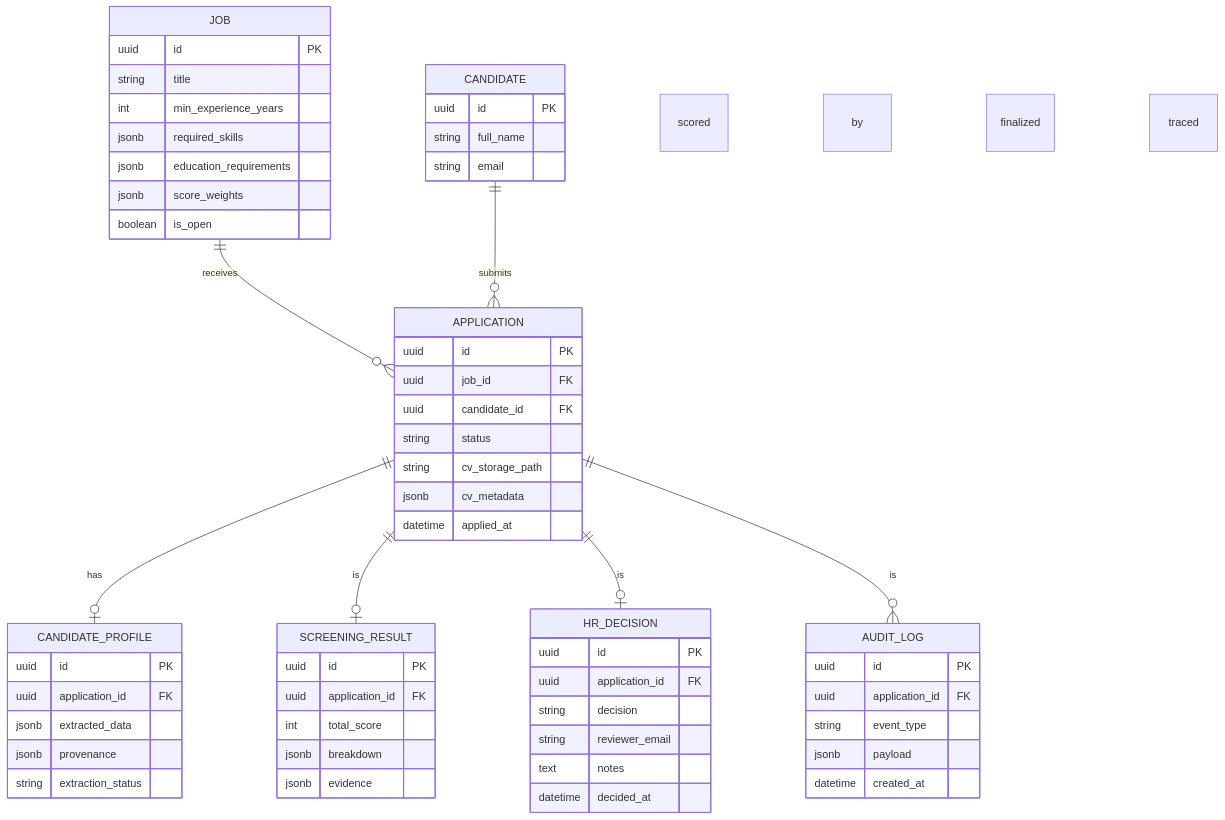
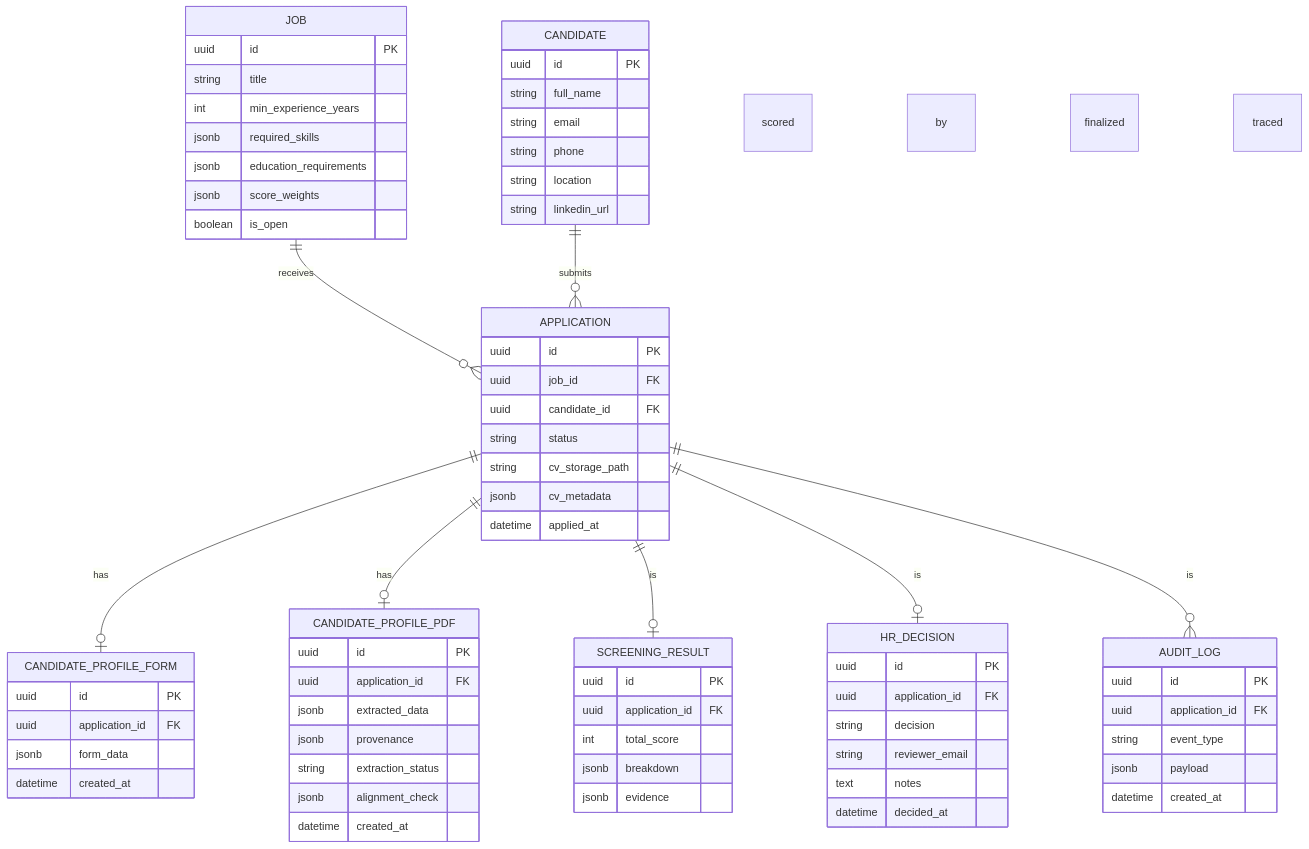
One commit to natasya744/AI-Assisted-HR-Recruitment-Screening-Platform changed the fourth of 4 diagrams in DOCS/architecture.md. Above: the diagram before and after it, drawn with Mermaid. The commit also changed other lines of this file and 42 other files, not shown here.

````diff
--- a/DOCS/architecture.md
+++ b/DOCS/architecture.md
@@ -255,62 +257,74 @@
 ```mermaid
 erDiagram
     JOB ||--o{ APPLICATION : receives
     CANDIDATE ||--o{ APPLICATION : submits
-    APPLICATION ||--o| CANDIDATE_PROFILE : has
+    APPLICATION ||--o| CANDIDATE_PROFILE_FORM : has
+    APPLICATION ||--o| CANDIDATE_PROFILE_PDF : has
     APPLICATION ||--o| SCREENING_RESULT : is scored by
     APPLICATION ||--o| HR_DECISION : is finalized by
     APPLICATION ||--o{ AUDIT_LOG : is traced by
 
     JOB {
         uuid id PK
         string title
         int min_experience_years
         jsonb required_skills
         jsonb education_requirements
         jsonb score_weights
         boolean is_open
     }
     CANDIDATE {
         uuid id PK
         string full_name
         string email
+        string phone
+        string location
+        string linkedin_url
     }
     APPLICATION {
         uuid id PK
         uuid job_id FK
         uuid candidate_id FK
         string status
         string cv_storage_path
         jsonb cv_metadata
         datetime applied_at
     }
-    CANDIDATE_PROFILE {
+    CANDIDATE_PROFILE_FORM {
+        uuid id PK
+        uuid application_id FK
+        jsonb form_data
+        datetime created_at
+    }
+    CANDIDATE_PROFILE_PDF {
         uuid id PK
         uuid application_id FK
         jsonb extracted_data
         jsonb provenance
         string extraction_status
+        jsonb alignment_check
+        datetime created_at
     }
     SCREENING_RESULT {
         uuid id PK
         uuid application_id FK
         int total_score
         jsonb breakdown
         jsonb evidence
     }
     HR_DECISION {
         uuid id PK
         uuid application_id FK
         string decision
         string reviewer_email
         text notes
         datetime decided_at
     }
     AUDIT_LOG {
         uuid id PK
         uuid application_id FK
         string event_type
         jsonb payload
         datetime created_at
     }
 ```
````
